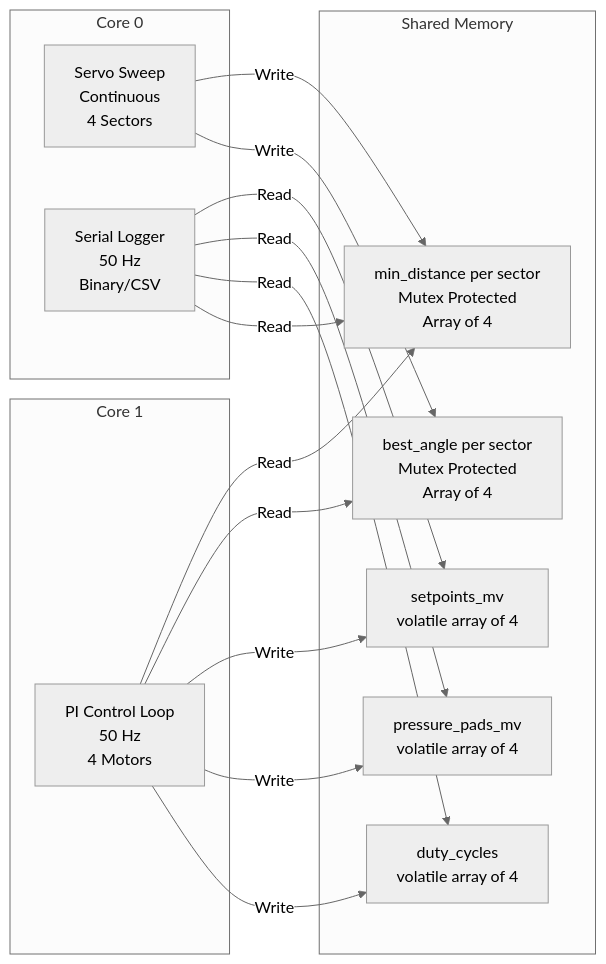
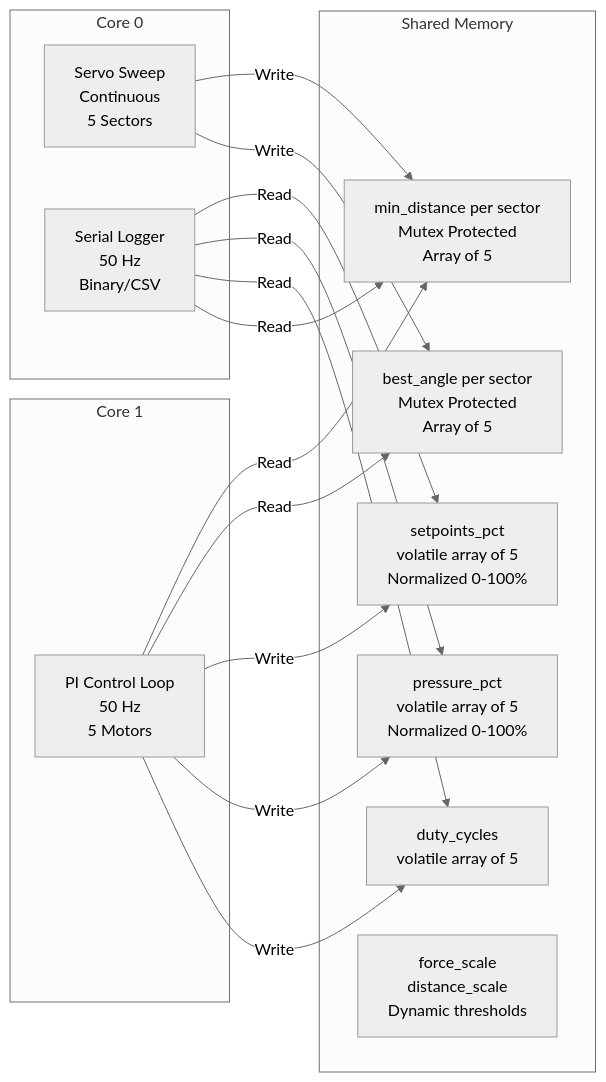
The second of 7 diagrams in docs/architecture.md (raseone19/ME-410), drawn with Mermaid (neutral theme) before and after one commit. The commit also changed other lines of this file and 57 other files, not shown here.

````diff
--- a/docs/architecture.md
+++ b/docs/architecture.md
@@ -120,31 +128,32 @@
 ```mermaid
 graph LR
     subgraph "Core 0"
-        A[Servo Sweep<br/>Continuous<br/>4 Sectors]
+        A[Servo Sweep<br/>Continuous<br/>5 Sectors]
         B[Serial Logger<br/>50 Hz<br/>Binary/CSV]
     end
 
     subgraph "Core 1"
-        C[PI Control Loop<br/>50 Hz<br/>4 Motors]
+        C[PI Control Loop<br/>50 Hz<br/>5 Motors]
     end
 
     subgraph "Shared Memory"
-        D[min_distance per sector<br/>Mutex Protected<br/>Array of 4]
-        E[best_angle per sector<br/>Mutex Protected<br/>Array of 4]
-        F[setpoints_mv<br/>volatile array of 4]
-        G[pressure_pads_mv<br/>volatile array of 4]
-        H[duty_cycles<br/>volatile array of 4]
+        D[min_distance per sector<br/>Mutex Protected<br/>Array of 5]
+        E[best_angle per sector<br/>Mutex Protected<br/>Array of 5]
+        F[setpoints_pct<br/>volatile array of 5<br/>Normalized 0-100%]
+        G[pressure_pct<br/>volatile array of 5<br/>Normalized 0-100%]
+        H[duty_cycles<br/>volatile array of 5]
+        I[force_scale<br/>distance_scale<br/>Dynamic thresholds]
     end
 
     A -->|Write| D
     A -->|Write| E
     C -->|Read| D
     C -->|Read| E
     C -->|Write| F
     C -->|Write| G
     C -->|Write| H
     B -->|Read| F
     B -->|Read| G
     B -->|Read| H
     B -->|Read| D
 ```
````
